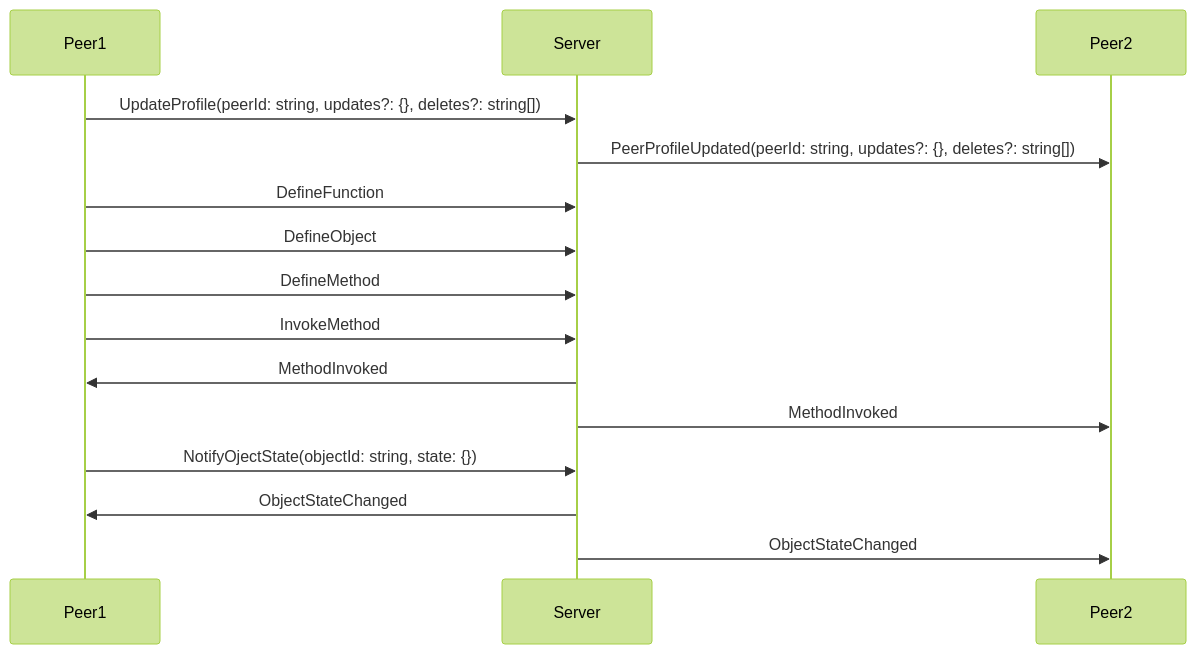
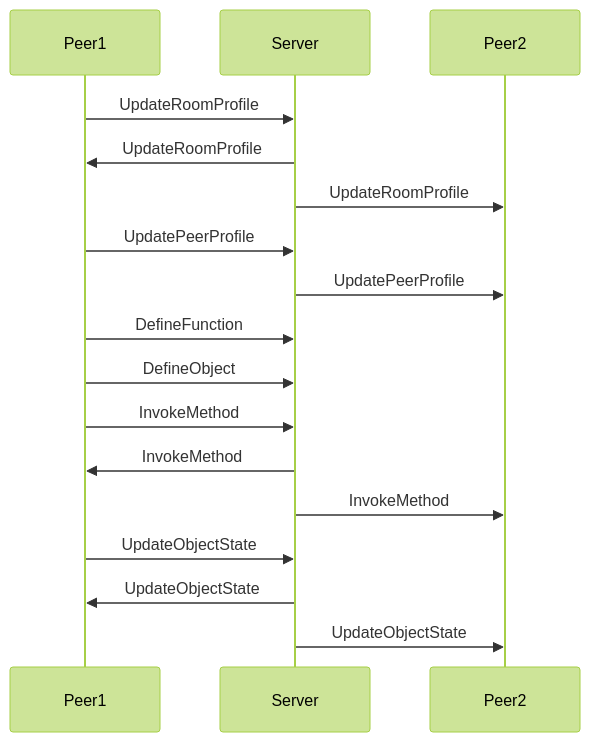
Before and after one commit to kcg-edu-future-lab/madoi: the third of 4 diagrams in README.md, drawn with Mermaid (forest theme). The commit also changed other lines of this file and 1 other file, not shown here.

````diff
--- a/README.md
+++ b/README.md
@@ -134,14 +203,16 @@
 ```mermaid
 sequenceDiagram
-  Peer1->>Server: UpdateProfile(peerId: string, updates?: {}, deletes?: string[])
-  Server->>Peer2: PeerProfileUpdated(peerId: string, updates?: {}, deletes?: string[])
+  Peer1->>Server: UpdateRoomProfile
+  Server->>Peer1: UpdateRoomProfile
+  Server->>Peer2: UpdateRoomProfile
+  Peer1->>Server: UpdatePeerProfile
+  Server->>Peer2: UpdatePeerProfile
   Peer1->>Server: DefineFunction
   Peer1->>Server: DefineObject
-  Peer1->>Server: DefineMethod
   Peer1->>Server: InvokeMethod
-  Server->>Peer1: MethodInvoked
-  Server->>Peer2: MethodInvoked
-  Peer1->>Server: NotifyOjectState(objectId: string, state: {})
-  Server->>Peer1: ObjectStateChanged
-  Server->>Peer2: ObjectStateChanged  
+  Server->>Peer1: InvokeMethod
+  Server->>Peer2: InvokeMethod
+  Peer1->>Server: UpdateObjectState
+  Server->>Peer1: UpdateObjectState
+  Server->>Peer2: UpdateObjectState  
 ```
````
